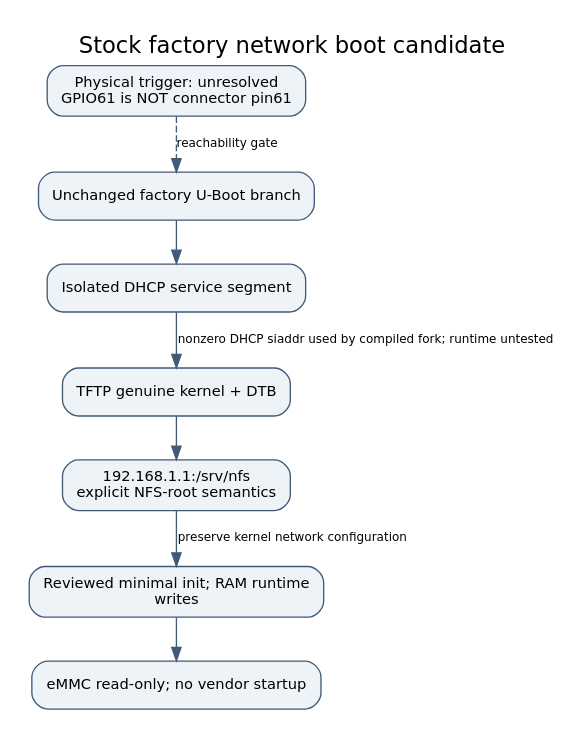
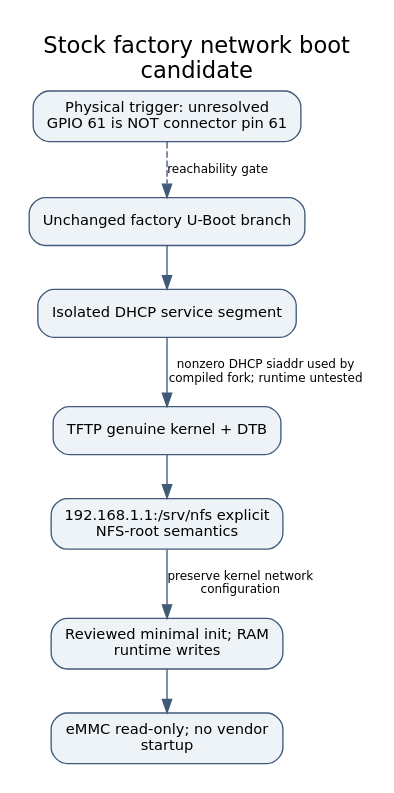
Before and after one commit to Zimbo88/form3-owner-root-source: the diagram in docs/figures/11-factory-netboot.dot, drawn with Graphviz. The commit also changed 69 other files, not shown here.

```diff
--- a/docs/figures/11-factory-netboot.dot
+++ b/docs/figures/11-factory-netboot.dot
@@ -1,18 +1,18 @@
 digraph G {
-graph [rankdir=TB,bgcolor="white",pad="0.2",nodesep="0.35",ranksep="0.45",label="Stock factory network boot candidate",labelloc=t,fontname="DejaVu Sans",fontsize=17];
+graph [rankdir=TB,bgcolor="white",pad="0.2",nodesep="0.35",ranksep="0.45",label="Stock factory network boot\ncandidate",labelloc=t,fontname="DejaVu Sans",fontsize=17];
 node [shape=box,style="rounded,filled",fillcolor="#eef3f8",color="#415a77",fontname="DejaVu Sans",fontsize=11,margin="0.14,0.1"];
 edge [color="#415a77",fontname="DejaVu Sans",fontsize=9];
-gpio [label="Physical trigger: unresolved\nGPIO61 is NOT connector pin61"];
+gpio [label="Physical trigger: unresolved\nGPIO 61 is NOT connector pin 61"];
 ub [label="Unchanged factory U-Boot branch"];
 dhcp [label="Isolated DHCP service segment"];
 tftp [label="TFTP genuine kernel + DTB"];
-nfs [label="192.168.1.1:/srv/nfs\nexplicit NFS-root semantics"];
-init [label="Reviewed minimal init; RAM runtime\nwrites"];
-disk [label="eMMC read-only; no vendor startup"];
+nfs [label="192.168.1.1:/srv/nfs explicit\nNFS-root semantics"];
+init [label="Reviewed minimal init; RAM\nruntime writes"];
+disk [label="eMMC read-only; no vendor\nstartup"];
 gpio -> ub [label="reachability gate",style=dashed];
 ub -> dhcp [label=""];
-dhcp -> tftp [label="nonzero DHCP siaddr used by compiled fork; runtime untested"];
+dhcp -> tftp [label="nonzero DHCP siaddr used by\ncompiled fork; runtime untested"];
 tftp -> nfs [label=""];
-nfs -> init [label="preserve kernel network configuration"];
+nfs -> init [label="preserve kernel network\nconfiguration"];
 init -> disk [label=""];
 }
```
